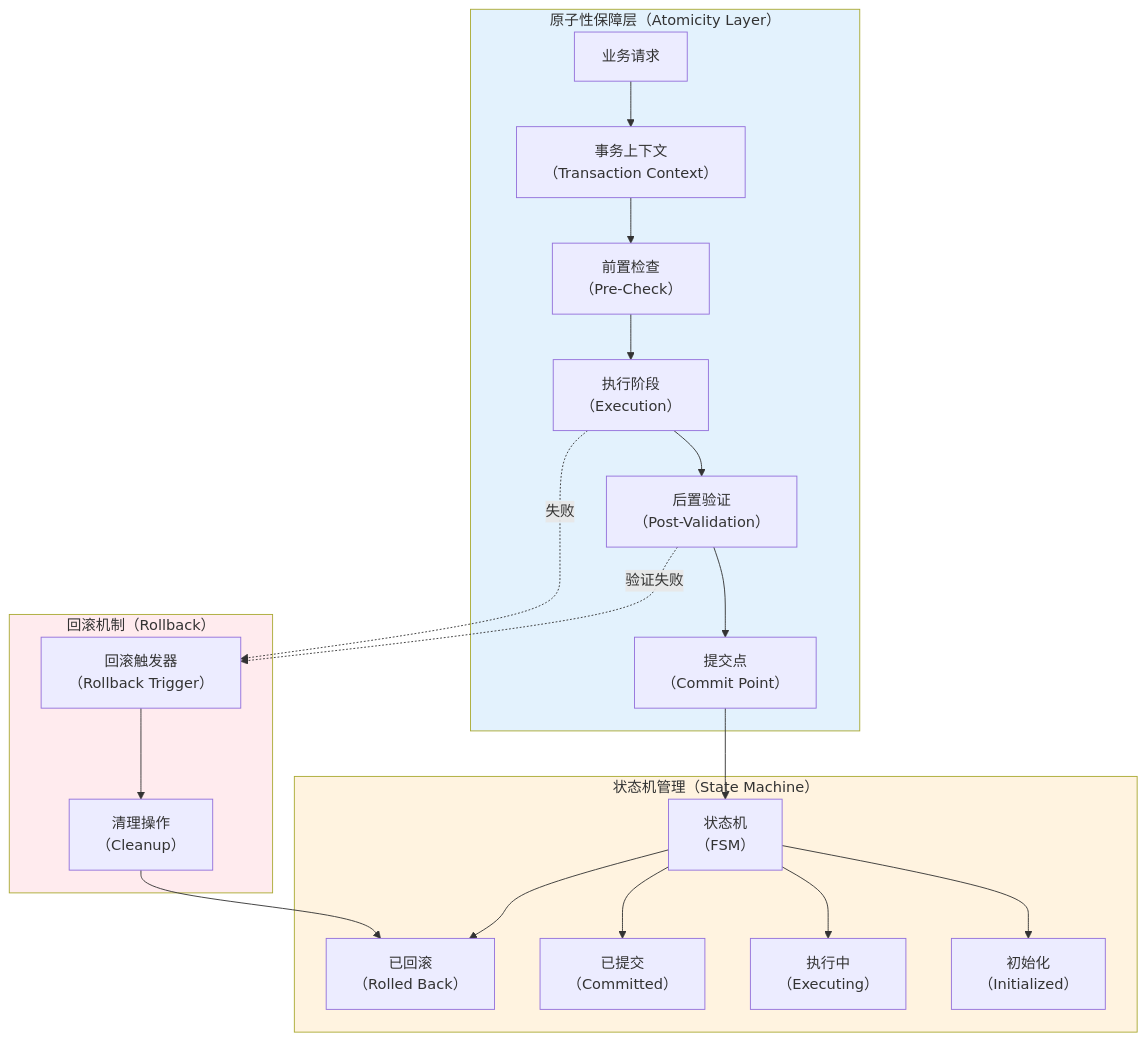
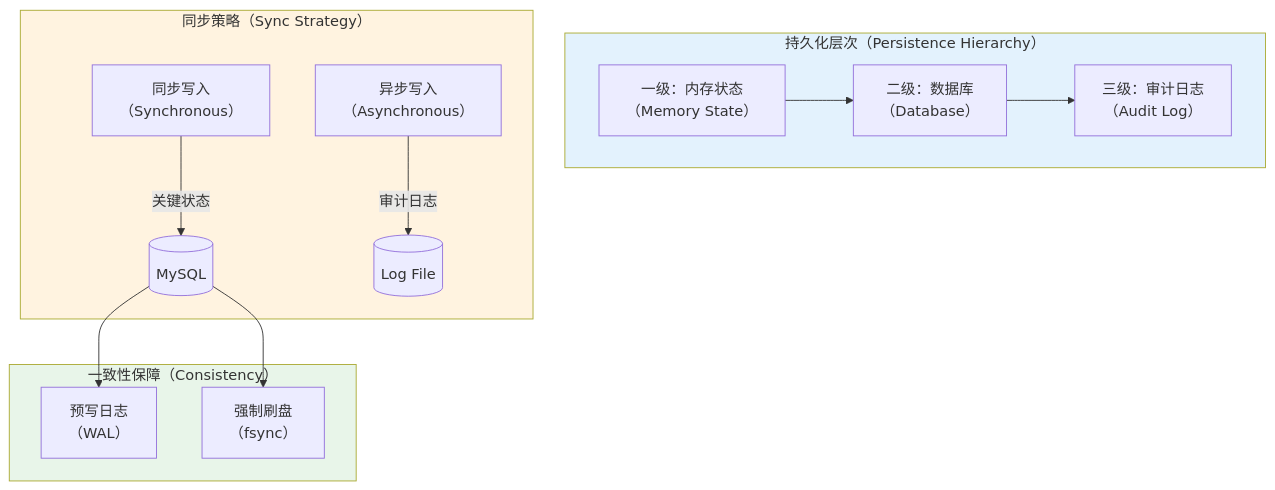
One commit to turtacn/go-proxmox changed the first of 2 diagrams in docs/vm/vm-saga-enhance.md. Above: the diagram before and after it, drawn with Mermaid. The commit also changed other lines of this file, not shown here.

````diff
--- a/docs/vm/vm-saga-enhance.md
+++ b/docs/vm/vm-saga-enhance.md
@@ -9,29 +237,21 @@
 ```mermaid
 graph TB
-    subgraph 原子性保障层[原子性保障层（Atomicity Layer）]
-        REQ[业务请求] --> TX[事务上下文<br/>（Transaction Context）]
-        TX --> PRE[前置检查<br/>（Pre-Check）]
-        PRE --> EXEC[执行阶段<br/>（Execution）]
-        EXEC --> POST[后置验证<br/>（Post-Validation）]
-        POST --> COMMIT[提交点<br/>（Commit Point）]
+    subgraph 持久化层次[持久化层次（Persistence Hierarchy）]
+        L1[一级：内存状态<br/>（Memory State）] --> L2[二级：数据库<br/>（Database）]
+        L2 --> L3[三级：审计日志<br/>（Audit Log）]
     end
     
-    subgraph 状态机管理[状态机管理（State Machine）]
-        COMMIT --> SM[状态机<br/>（FSM）]
-        SM --> S1[初始化<br/>（Initialized）]
-        SM --> S2[执行中<br/>（Executing）]
-        SM --> S3[已提交<br/>（Committed）]
-        SM --> S4[已回滚<br/>（Rolled Back）]
+    subgraph 同步策略[同步策略（Sync Strategy）]
+        SYNC[同步写入<br/>（Synchronous）] --> |关键状态| DB[(MySQL)]
+        ASYNC[异步写入<br/>（Asynchronous）] --> |审计日志| LOG[(Log File)]
     end
     
-    subgraph 回滚机制[回滚机制（Rollback）]
-        EXEC -.失败.-> RB[回滚触发器<br/>（Rollback Trigger）]
-        POST -.验证失败.-> RB
-        RB --> CLEANUP[清理操作<br/>（Cleanup）]
-        CLEANUP --> S4
+    subgraph 一致性保障[一致性保障（Consistency）]
+        DB --> WAL[预写日志<br/>（WAL）]
+        DB --> FSYNC[强制刷盘<br/>（fsync）]
     end
     
-    style 原子性保障层 fill:#E3F2FD
-    style 状态机管理 fill:#FFF3E0
-    style 回滚机制 fill:#FFEBEE
+    style 持久化层次 fill:#E3F2FD
+    style 同步策略 fill:#FFF3E0
+    style 一致性保障 fill:#E8F5E9
 ```
````
